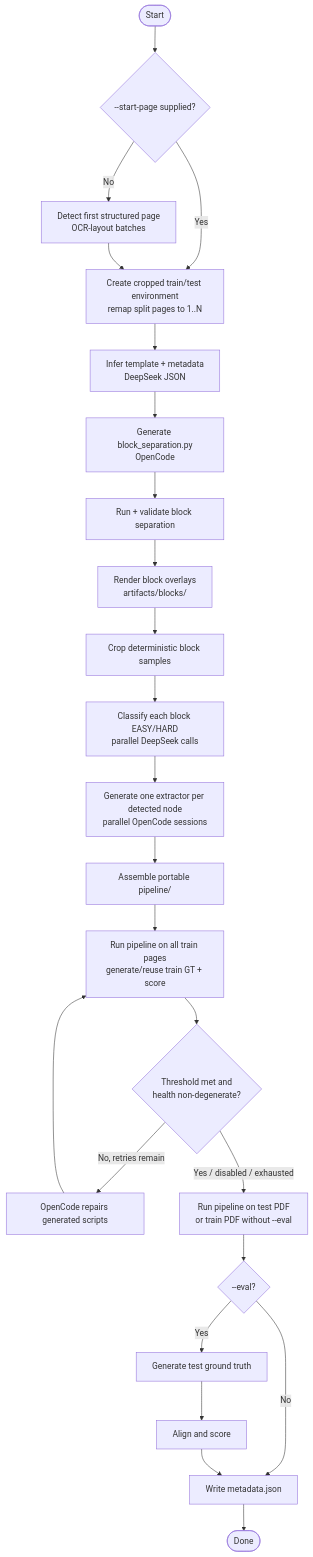
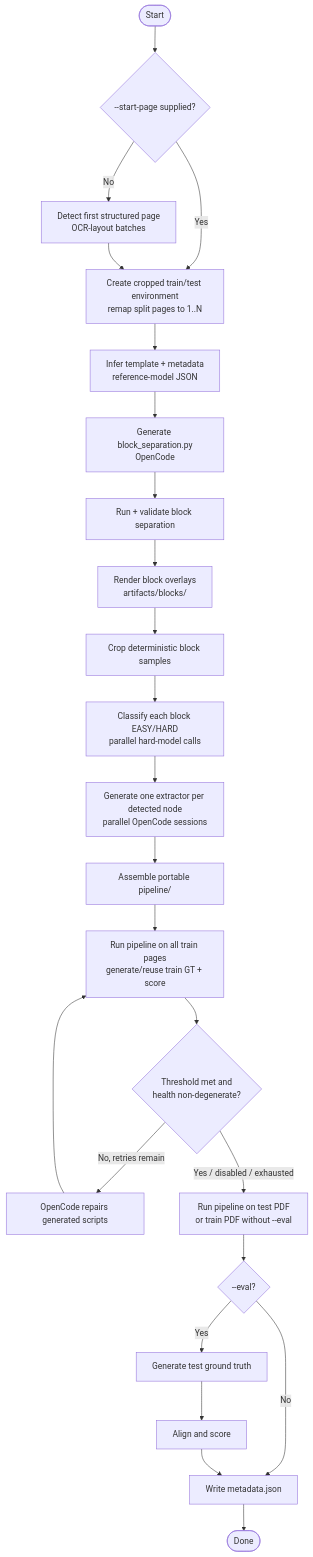
One commit to riccardobollati/twix_2 changed the second of 6 diagrams in README.md. Above: the diagram before and after it, drawn with Mermaid. The commit also changed other lines of this file and 37 other files, not shown here.

````diff
--- a/README.md
+++ b/README.md
@@ -157,26 +169,26 @@
 ```mermaid
 flowchart TD
     S(["Start"]) --> Q{"--start-page supplied?"}
     Q -- No --> DB["Detect first structured page<br/>OCR-layout batches"]
     Q -- Yes --> EC
     DB --> EC["Create cropped train/test environment<br/>remap split pages to 1..N"]
-    EC --> TI["Infer template + metadata<br/>DeepSeek JSON"]
+    EC --> TI["Infer template + metadata<br/>reference-model JSON"]
     TI --> BS["Generate block_separation.py<br/>OpenCode"]
     BS --> BSR["Run + validate block separation"]
     BSR --> ART["Render block overlays<br/>artifacts/blocks/"]
     ART --> SMP["Crop deterministic block samples"]
-    SMP --> ROUTE["Classify each block EASY/HARD<br/>parallel DeepSeek calls"]
+    SMP --> ROUTE["Classify each block EASY/HARD<br/>parallel hard-model calls"]
     ROUTE --> EXT["Generate one extractor per detected node<br/>parallel OpenCode sessions"]
     EXT --> PACK["Assemble portable pipeline/"]
     PACK --> TE["Run pipeline on all train pages<br/>generate/reuse train GT + score"]
     TE --> GATE{"Threshold met and<br/>health non-degenerate?"}
     GATE -- "No, retries remain" --> REPAIR["OpenCode repairs generated scripts"]
     REPAIR --> TE
     GATE -- "Yes / disabled / exhausted" --> RUN["Run pipeline on test PDF<br/>or train PDF without --eval"]
     RUN --> EVALQ{"--eval?"}
     EVALQ -- No --> META["Write metadata.json"]
     EVALQ -- Yes --> GT["Generate test ground truth"]
     GT --> SCORE["Align and score"]
     SCORE --> META
     META --> END(["Done"])
 ```
````
